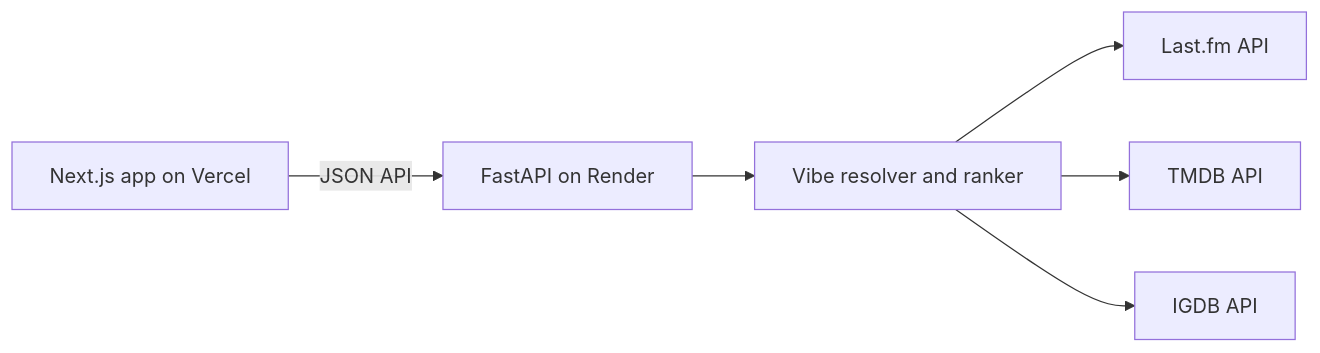
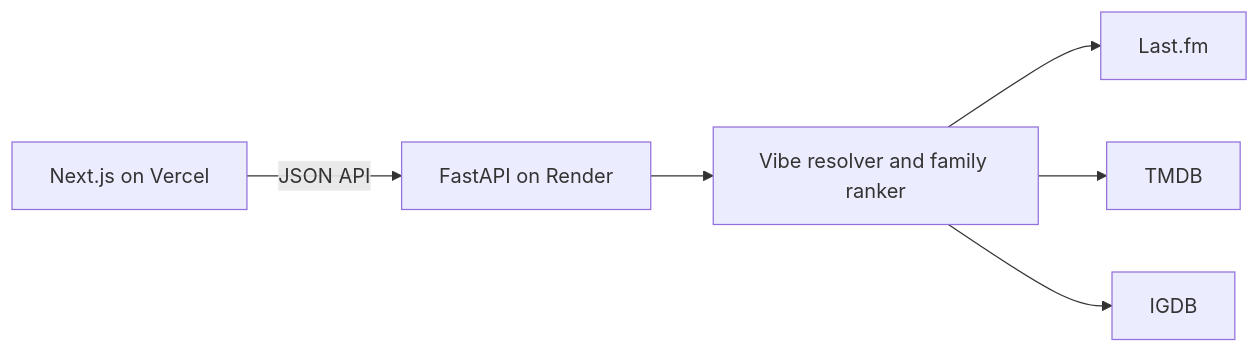
Before and after one commit to advaetuc/Cerebro: the diagram in README.md, drawn with Mermaid. The commit also changed other lines of this file and 13 other files, not shown here.

````diff
--- a/README.md
+++ b/README.md
@@ -7,8 +11,8 @@
 ```mermaid
 flowchart LR
-    Browser[Next.js app on Vercel] -->|JSON API| API[FastAPI on Render]
-    API --> Resolver[Vibe resolver and ranker]
-    Resolver --> LastFM[Last.fm API]
-    Resolver --> TMDB[TMDB API]
-    Resolver --> IGDB[IGDB API]
+    Browser[Next.js on Vercel] -->|JSON API| API[FastAPI on Render]
+    API --> Resolver[Vibe resolver and family ranker]
+    Resolver --> LastFM[Last.fm]
+    Resolver --> TMDB[TMDB]
+    Resolver --> IGDB[IGDB]
 ```
````
